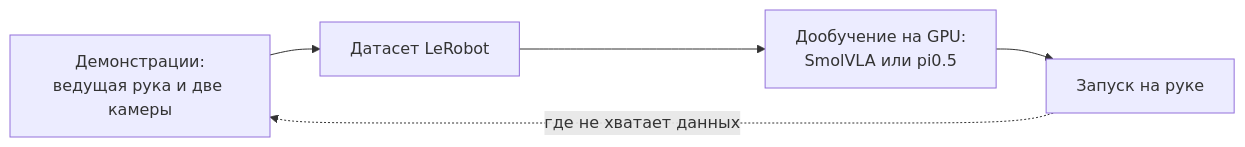
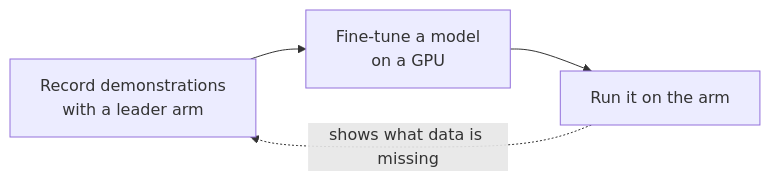
One commit to Kotstantinovskiy/lerobot_plan_cubes changed the diagram in README.md. Above: the diagram before and after it, drawn with Mermaid. The commit also changed other lines of this file and 3 other files, not shown here.

````diff
--- a/README.md
+++ b/README.md
@@ -42,7 +40,6 @@
 ```mermaid
 flowchart LR
-    demo["Демонстрации:<br/>ведущая рука и две камеры"] --> dataset["Датасет LeRobot"]
-    dataset --> train["Дообучение на GPU:<br/>SmolVLA или pi0.5"]
-    train --> run["Запуск на руке"]
-    run -. "где не хватает данных" .-> demo
+    record["Record demonstrations<br/>with a leader arm"] --> train["Fine-tune a model<br/>on a GPU"]
+    train --> run["Run it on the arm"]
+    run -. "shows what data is missing" .-> record
 ```
````
